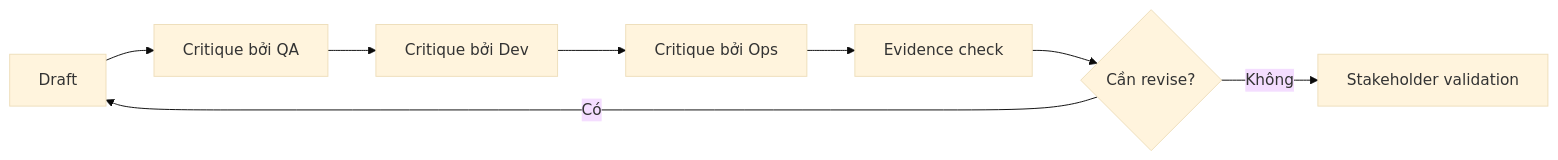
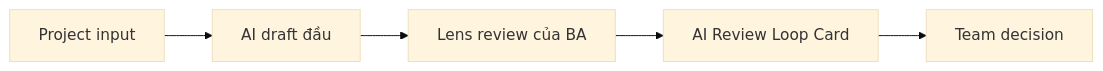
Before and after one commit to anhtnt90dev/ai-for-ba: the first of 2 diagrams in docs/vi/lessons/review-loops-and-critique/index.md, drawn with Mermaid (base theme). The commit also changed other lines of this file and 40 other files, not shown here.

````diff
--- a/docs/vi/lessons/review-loops-and-critique/index.md
+++ b/docs/vi/lessons/review-loops-and-critique/index.md
@@ -68,10 +84,12 @@
 ```mermaid
 flowchart LR
-    A["Draft"] --> B["Critique bởi QA"]
-    B --> C["Critique bởi Dev"]
-    C --> D["Critique bởi Ops"]
-    D --> E["Evidence check"]
-    E --> F{"Cần revise?"}
-    F -->|Có| A
-    F -->|Không| G["Stakeholder validation"]
+    A["Project input"]
+    B["AI draft đầu"]
+    A --> B
+    C["Lens review của BA"]
+    B --> C
+    D["AI Review Loop Card"]
+    C --> D
+    E["Team decision"]
+    D --> E
 ```
````
